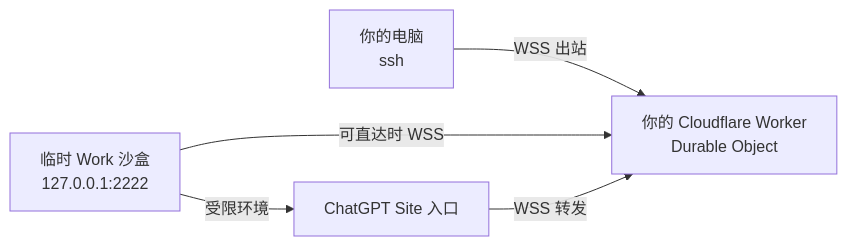
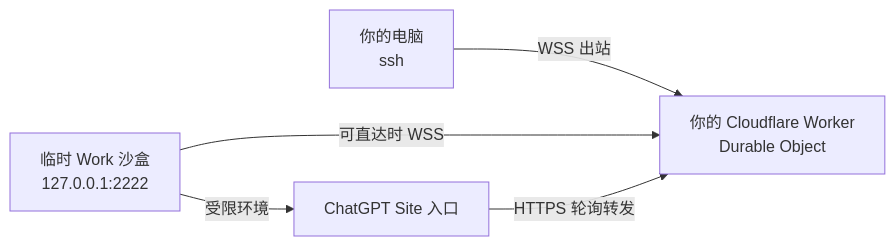
The diagram in README.md (catoncat/workssh-relay), drawn with Mermaid before and after one commit. The commit also changed other lines of this file and 21 other files, not shown here.

````diff
--- a/README.md
+++ b/README.md
@@ -16,7 +16,7 @@
 ```mermaid
 flowchart LR
   M["你的电脑<br/>ssh"] -->|WSS 出站| R["你的 Cloudflare Worker<br/>Durable Object"]
   S["临时 Work 沙盒<br/>127.0.0.1:2222"] -->|可直达时 WSS| R
   S -->|受限环境| I["ChatGPT Site 入口"]
-  I -->|WSS 转发| R
+  I -->|HTTPS 轮询转发| R
 ```
````
